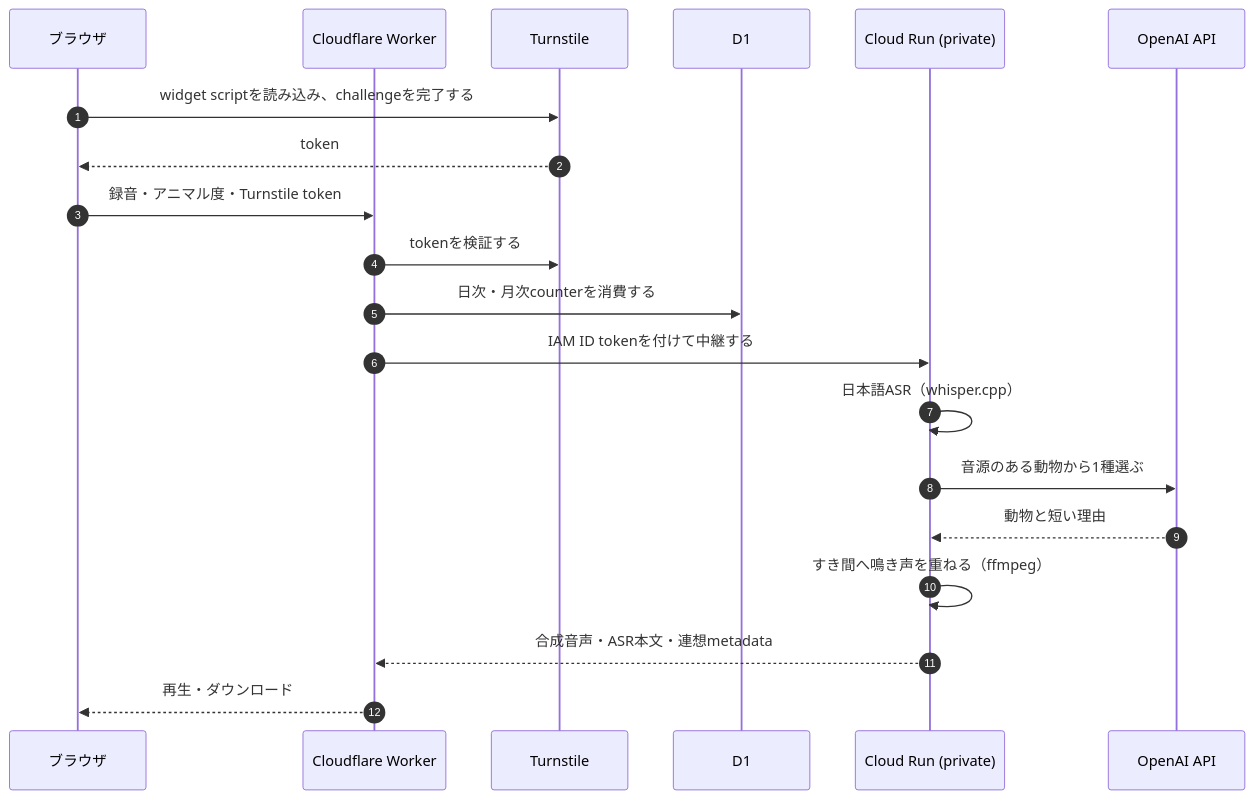
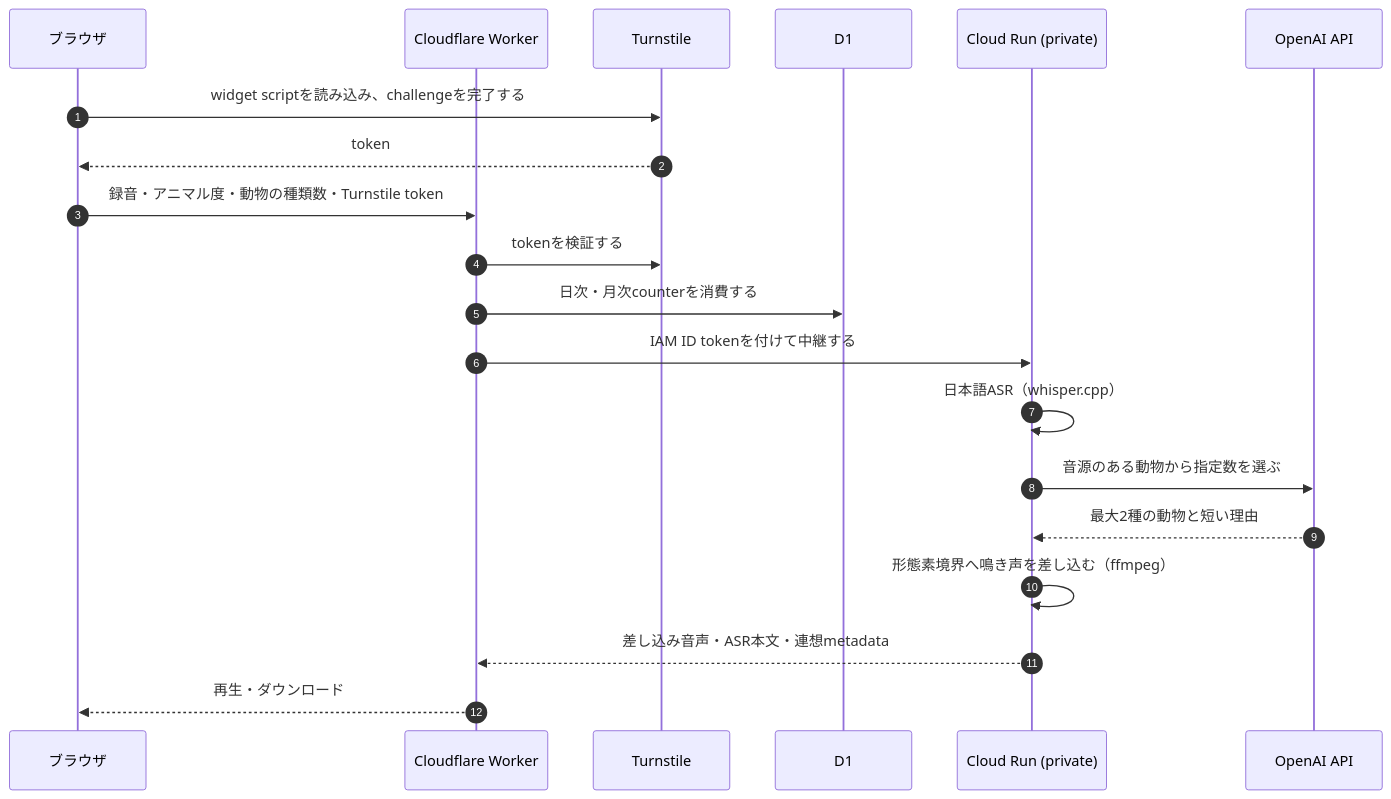
The second of 2 diagrams in README.ja.md (inakaegg/voice-lab), drawn with Mermaid before and after one commit. The commit also changed other lines of this file and 53 other files, not shown here.

````diff
--- a/README.ja.md
+++ b/README.ja.md
@@ -181,22 +181,22 @@
 ```mermaid
 sequenceDiagram
     autonumber
     participant B as ブラウザ
     participant W as Cloudflare Worker
     participant T as Turnstile
     participant D as D1
     participant C as Cloud Run (private)
     participant O as OpenAI API
     B->>T: widget scriptを読み込み、challengeを完了する
     T-->>B: token
-    B->>W: 録音・アニマル度・Turnstile token
+    B->>W: 録音・アニマル度・動物の種類数・Turnstile token
     W->>T: tokenを検証する
     W->>D: 日次・月次counterを消費する
     W->>C: IAM ID tokenを付けて中継する
     C->>C: 日本語ASR（whisper.cpp）
-    C->>O: 音源のある動物から1種選ぶ
-    O-->>C: 動物と短い理由
-    C->>C: すき間へ鳴き声を重ねる（ffmpeg）
-    C-->>W: 合成音声・ASR本文・連想metadata
+    C->>O: 音源のある動物から指定数を選ぶ
+    O-->>C: 最大2種の動物と短い理由
+    C->>C: 形態素境界へ鳴き声を差し込む（ffmpeg）
+    C-->>W: 差し込み音声・ASR本文・連想metadata
     W-->>B: 再生・ダウンロード
 ```
````
